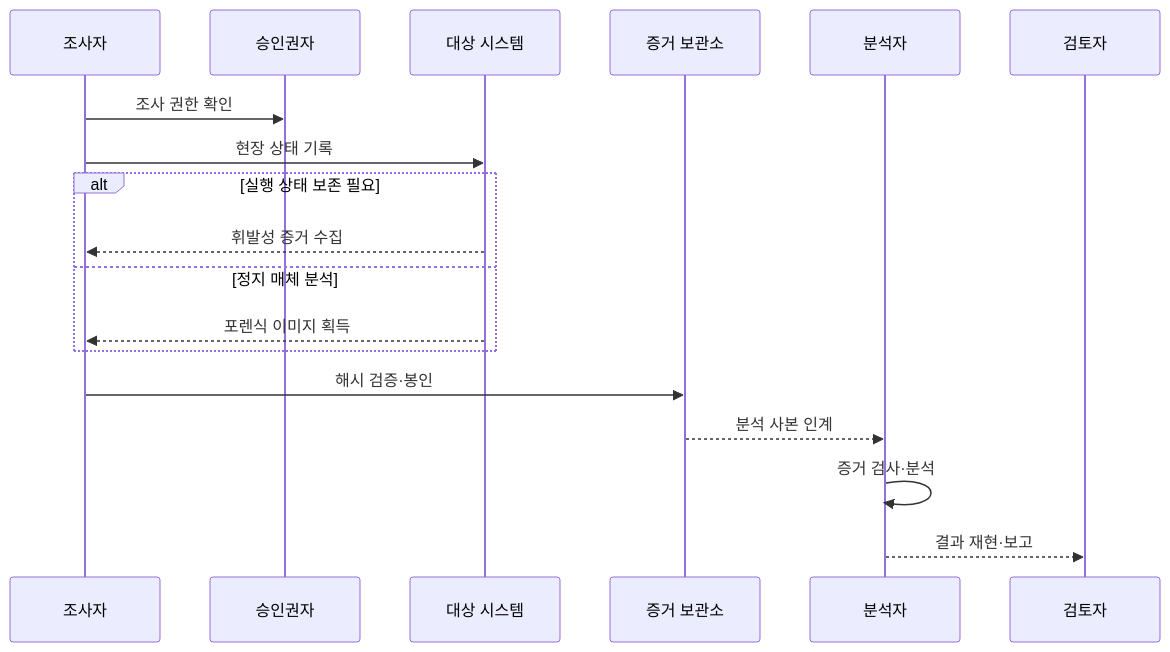
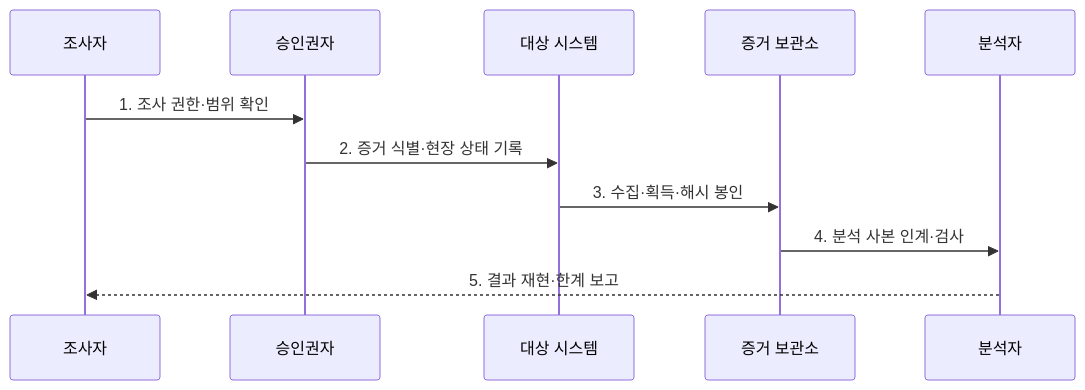
Before and after one commit to agnusdei1207/knowledge-base: the second of 2 diagrams in src/content/docs/notes/05-security/114_digital_forensics.md, drawn with Mermaid. The commit also changed other lines of this file and 5 other files, not shown here.

````diff
--- a/src/content/docs/notes/05-security/114_digital_forensics.md
+++ b/src/content/docs/notes/05-security/114_digital_forensics.md
@@ -77,20 +76,13 @@
 ```mermaid
 sequenceDiagram
   participant I as 조사자
   participant A as 승인권자
   participant T as 대상 시스템
   participant R as 증거 보관소
   participant N as 분석자
-  participant V as 검토자
-  I->>A: 조사 권한 확인
-  I->>T: 현장 상태 기록
-  alt 실행 상태 보존 필요
-    T-->>I: 휘발성 증거 수집
-  else 정지 매체 분석
-    T-->>I: 포렌식 이미지 획득
-  end
-  I->>R: 해시 검증·봉인
-  R-->>N: 분석 사본 인계
-  N->>N: 증거 검사·분석
-  N-->>V: 결과 재현·보고
+  I->>A: 1. 조사 권한·범위 확인
+  A->>T: 2. 증거 식별·현장 상태 기록
+  T->>R: 3. 수집·획득·해시 봉인
+  R->>N: 4. 분석 사본 인계·검사
+  N-->>I: 5. 결과 재현·한계 보고
 ```
````
